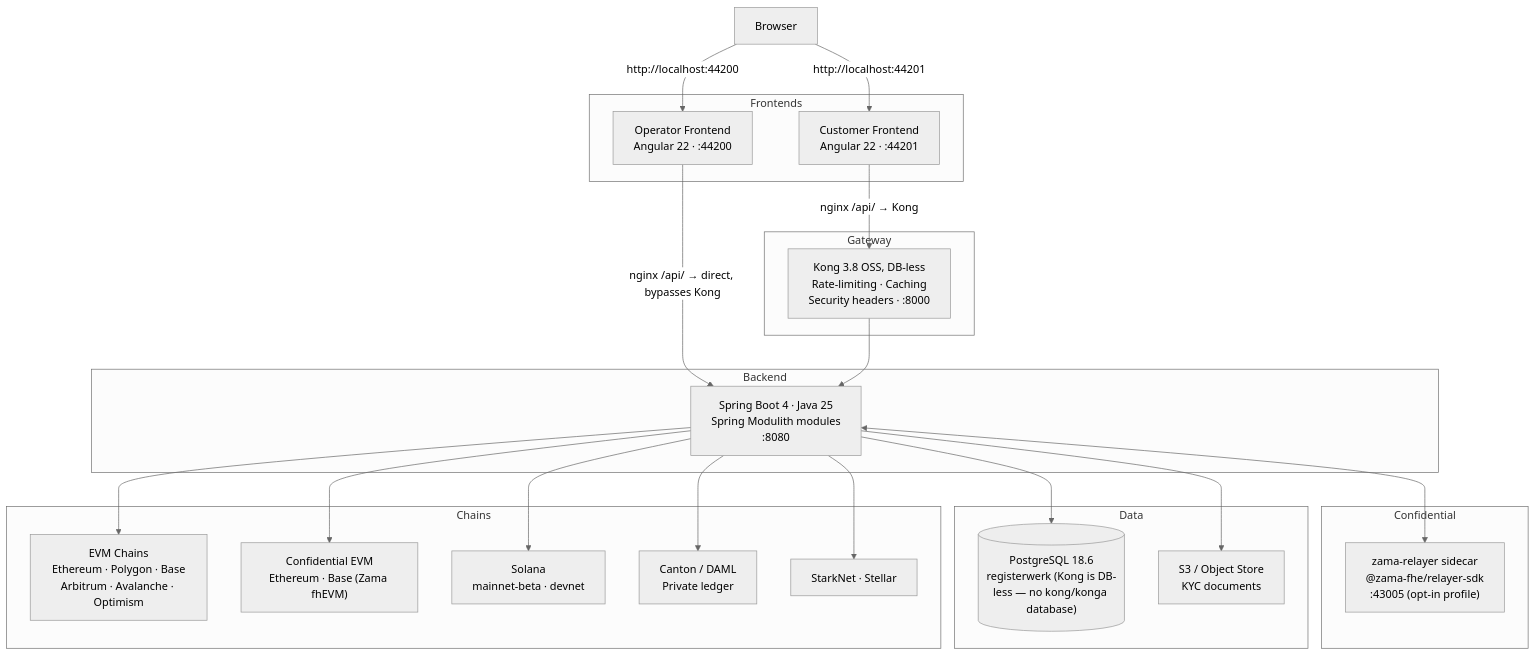
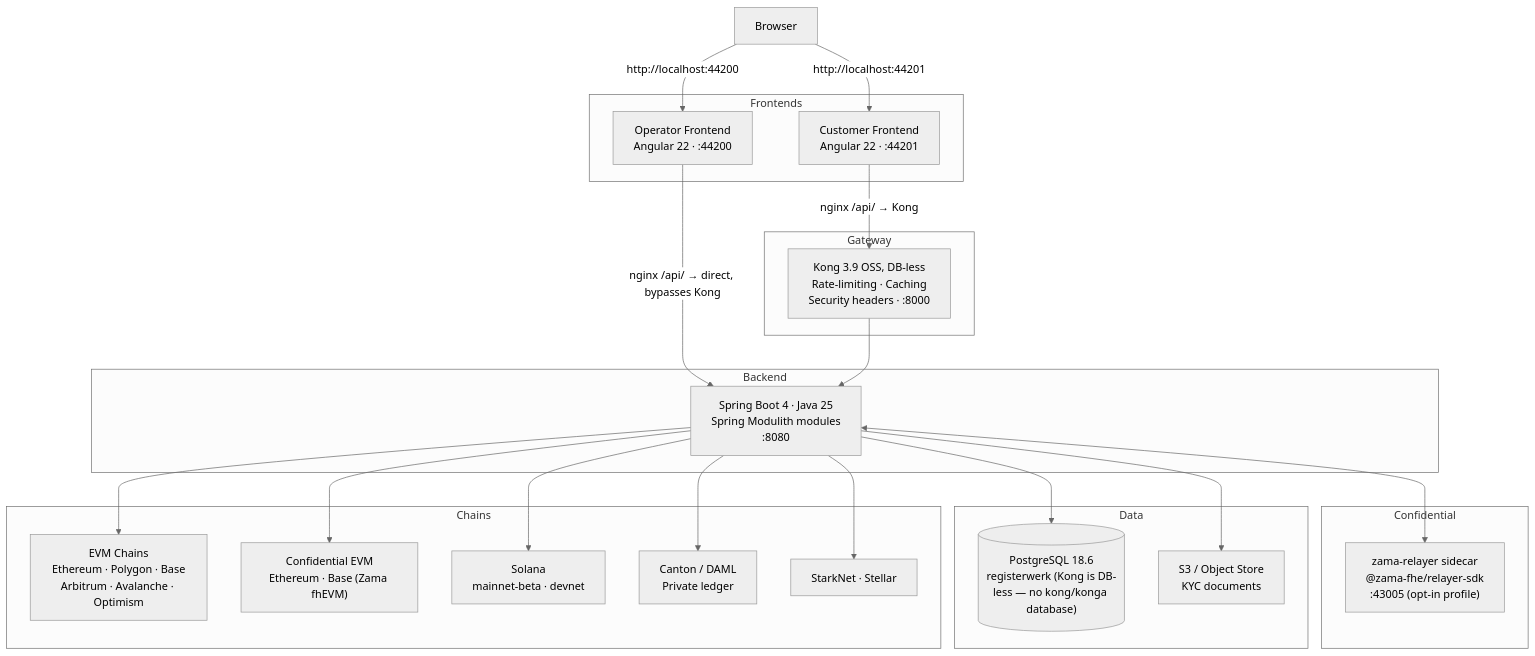
One commit to makibytes/registerwerk changed the first of 2 diagrams in docs/intro/architecture.de.md. Above: the diagram before and after it, drawn with Mermaid (neutral theme). The commit also changed 203 other files, not shown here.

````diff
--- a/docs/intro/architecture.de.md
+++ b/docs/intro/architecture.de.md
@@ -14,48 +14,48 @@
 ```mermaid
 graph TB
     U["Browser"]
 
     subgraph Frontends
         FO["Operator Frontend<br/>Angular 22 · :44200"]
         FC["Customer Frontend<br/>Angular 22 · :44201"]
     end
 
     subgraph Gateway
-        K["Kong 3.8 OSS, DB-less<br/>Rate-limiting · Caching<br/>Security headers · :8000"]
+        K["Kong 3.9 OSS, DB-less<br/>Rate-limiting · Caching<br/>Security headers · :8000"]
     end
 
     subgraph Backend
         B["Spring Boot 4 · Java 25<br/>Spring Modulith modules<br/>:8080"]
     end
 
     subgraph Confidential
         ZR["zama-relayer sidecar<br/>@zama-fhe/relayer-sdk<br/>:43005 (opt-in profile)"]
     end
 
     subgraph Data
         PG[("PostgreSQL 18.6<br/>registerwerk (Kong is DB-less — no kong/konga database)")]
         S3["S3 / Object Store<br/>KYC documents"]
     end
 
     subgraph Chains
         EVM["EVM Chains<br/>Ethereum · Polygon · Base<br/>Arbitrum · Avalanche · Optimism"]
         CEVM["Confidential EVM<br/>Ethereum · Base (Zama fhEVM)"]
         SOL["Solana<br/>mainnet-beta · devnet"]
         CTN["Canton / DAML<br/>Private ledger"]
         STR["StarkNet · Stellar"]
     end
 
     U -->|"http://localhost:44200"| FO
     U -->|"http://localhost:44201"| FC
     FO -->|"nginx /api/ → direct, bypasses Kong"| B
     FC -->|"nginx /api/ → Kong"| K
     K --> B
     B <--> ZR
     B --> PG
     B --> S3
     B --> EVM
     B --> CEVM
     B --> SOL
     B --> CTN
     B --> STR
 ```
````
